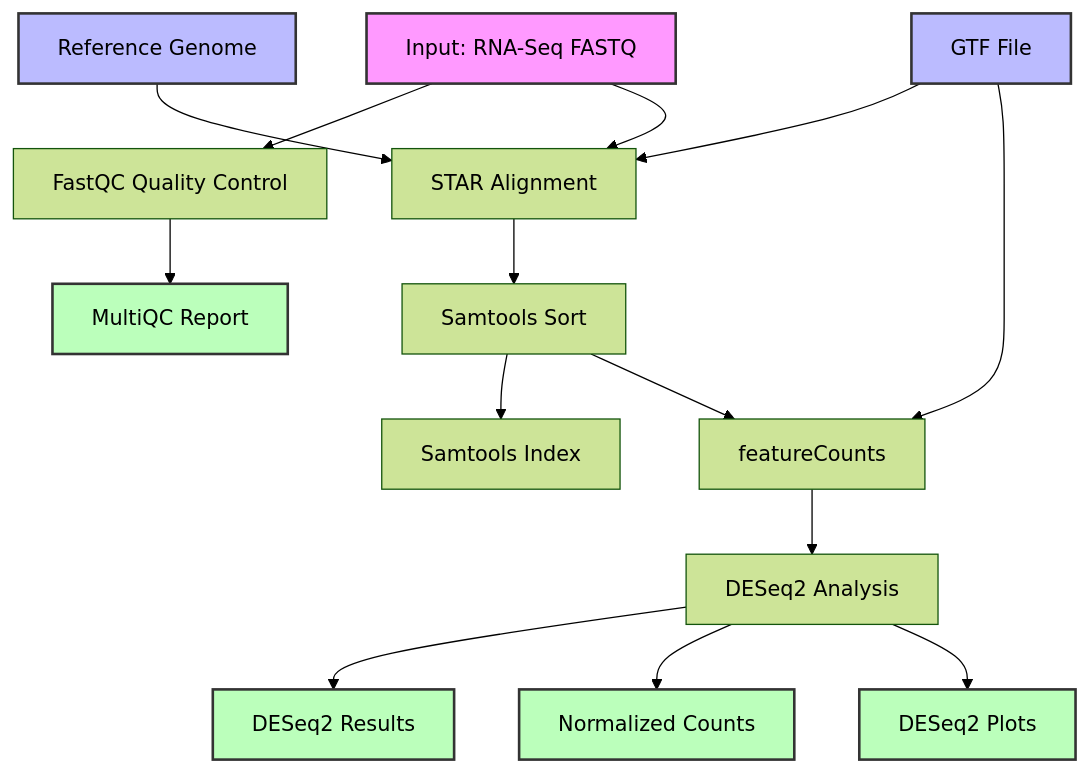
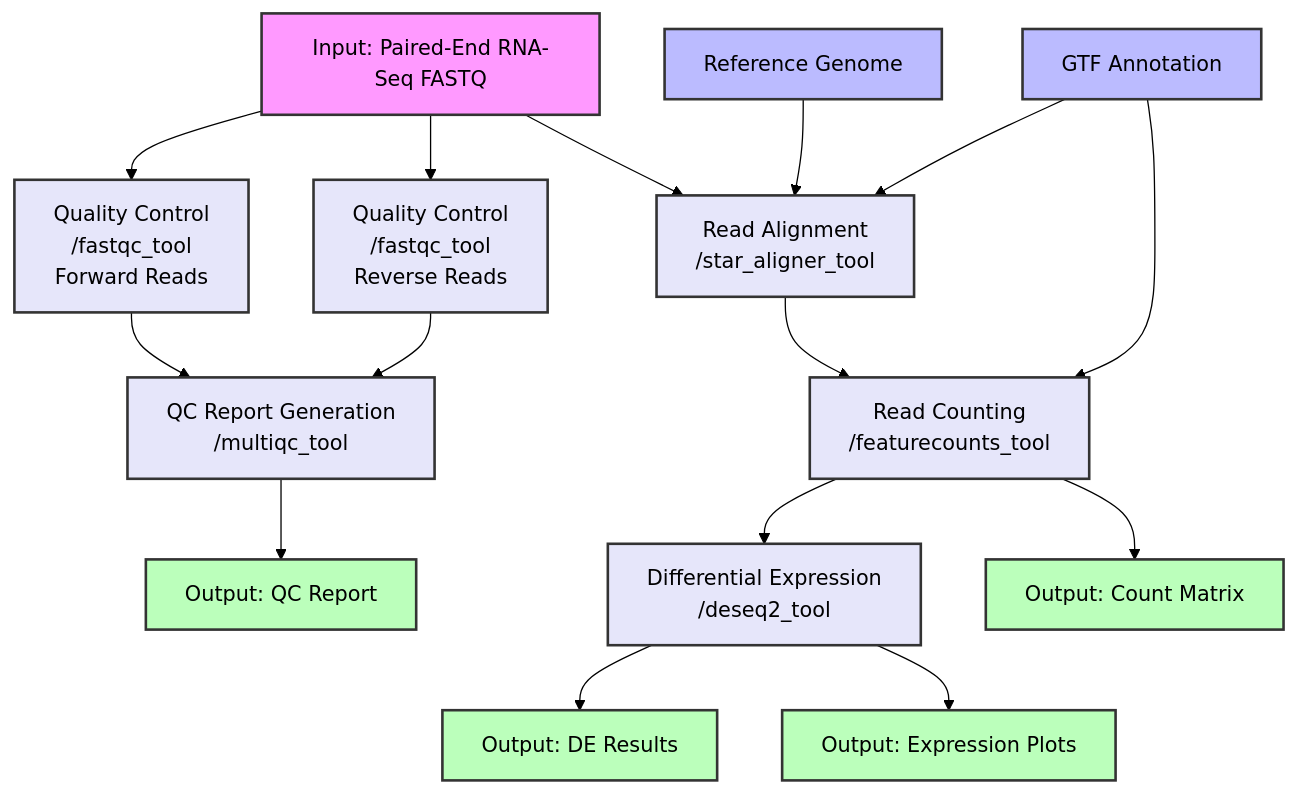
One commit to davidroberson/generative-cwl changed the diagram in tumor-multiomics/Workflow_02_RNA-Seq_Analysis_Workflow.md. Above: the diagram before and after it, drawn with Mermaid (forest theme). The commit also changed other lines of this file, not shown here.

````diff
--- a/tumor-multiomics/Workflow_02_RNA-Seq_Analysis_Workflow.md
+++ b/tumor-multiomics/Workflow_02_RNA-Seq_Analysis_Workflow.md
@@ -8,24 +8,31 @@
 ```mermaid
 graph TD
-    A[Input: RNA-Seq FASTQ] --> QC[FastQC Quality Control]
-    A --> B[STAR Alignment]
+    A[Input: Paired-End RNA-Seq FASTQ] --> QC1[Quality Control<br/>/fastqc_tool<br/>Forward Reads]
+    A --> QC2[Quality Control<br/>/fastqc_tool<br/>Reverse Reads]
+    A --> B[Read Alignment<br/>/star_aligner_tool]
     R[Reference Genome] --> B
-    G[GTF File] --> B
-    B --> C[Samtools Sort]
-    C --> D[Samtools Index]
-    C --> E[featureCounts]
-    G --> E
-    E --> F[DESeq2 Analysis]
-    QC --> M[MultiQC Report]
-    F --> H[DESeq2 Results]
-    F --> I[Normalized Counts]
-    F --> J[DESeq2 Plots]
+    G[GTF Annotation] --> B
+    QC1 --> M[QC Report Generation<br/>/multiqc_tool]
+    QC2 --> M
+    B --> C[Read Counting<br/>/featurecounts_tool]
+    G --> C
+    C --> D[Differential Expression<br/>/deseq2_tool]
+    M --> N[Output: QC Report]
+    D --> O[Output: DE Results]
+    D --> P[Output: Expression Plots]
+    C --> Q[Output: Count Matrix]
     
     style A fill:#f9f,stroke:#333,stroke-width:2px
     style R fill:#bbf,stroke:#333,stroke-width:2px
     style G fill:#bbf,stroke:#333,stroke-width:2px
-    style H fill:#bfb,stroke:#333,stroke-width:2px
-    style I fill:#bfb,stroke:#333,stroke-width:2px
-    style J fill:#bfb,stroke:#333,stroke-width:2px
-    style M fill:#bfb,stroke:#333,stroke-width:2px
+    style N fill:#bfb,stroke:#333,stroke-width:2px
+    style O fill:#bfb,stroke:#333,stroke-width:2px
+    style P fill:#bfb,stroke:#333,stroke-width:2px
+    style Q fill:#bfb,stroke:#333,stroke-width:2px
+    style QC1 fill:#e6e6fa,stroke:#333,stroke-width:2px
+    style QC2 fill:#e6e6fa,stroke:#333,stroke-width:2px
+    style B fill:#e6e6fa,stroke:#333,stroke-width:2px
+    style C fill:#e6e6fa,stroke:#333,stroke-width:2px
+    style D fill:#e6e6fa,stroke:#333,stroke-width:2px
+    style M fill:#e6e6fa,stroke:#333,stroke-width:2px
 ```
````
